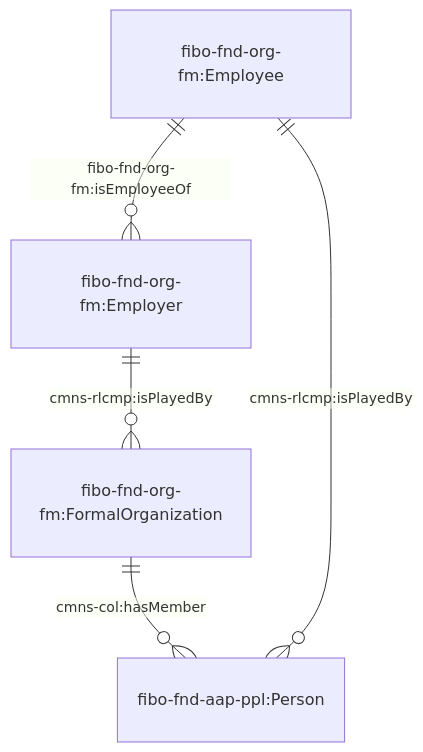
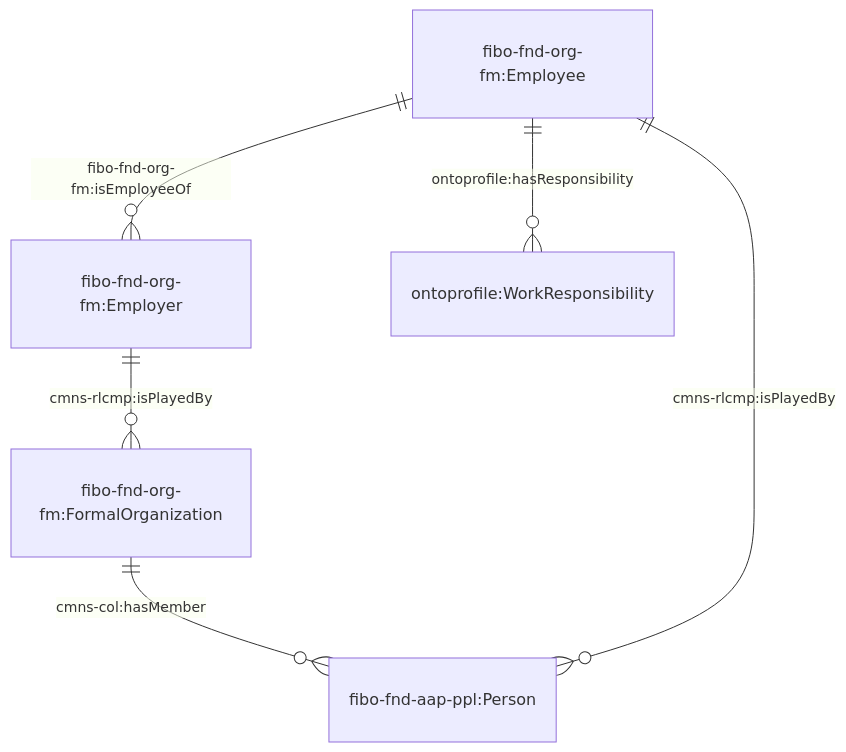
Before and after one commit to cambridge-cares/TheWorldAvatar: the second of 4 diagrams in JPS_Ontology/ontology/ontoprofile/README.MD, drawn with Mermaid. The commit also changed other lines of this file and 3 other files, not shown here.

````diff
--- a/JPS_Ontology/ontology/ontoprofile/README.MD
+++ b/JPS_Ontology/ontology/ontoprofile/README.MD
@@ -93,9 +93,10 @@
 ```mermaid
     erDiagram
-
     "fibo-fnd-org-fm:Employer" ||--o{ "fibo-fnd-org-fm:FormalOrganization"  : "cmns-rlcmp:isPlayedBy"
     "fibo-fnd-org-fm:Employee" ||--o{ "fibo-fnd-org-fm:Employer" : "fibo-fnd-org-fm:isEmployeeOf"
 
     "fibo-fnd-org-fm:FormalOrganization" ||--o{ "fibo-fnd-aap-ppl:Person" : "cmns-col:hasMember"
     "fibo-fnd-org-fm:Employee" ||--o{ "fibo-fnd-aap-ppl:Person"  : "cmns-rlcmp:isPlayedBy"
+
+    "fibo-fnd-org-fm:Employee" ||--o{ "ontoprofile:WorkResponsibility" : "ontoprofile:hasResponsibility"
 ```
````
